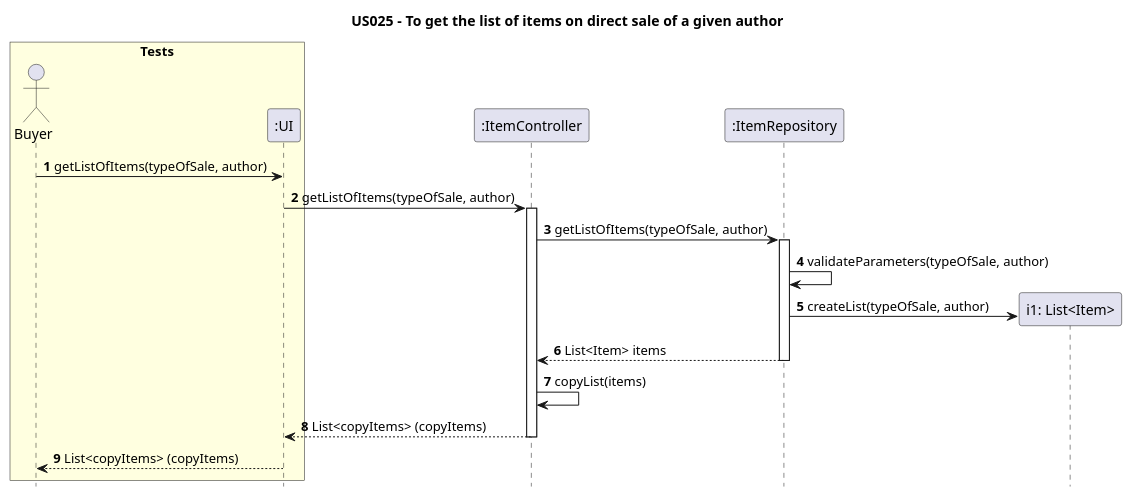
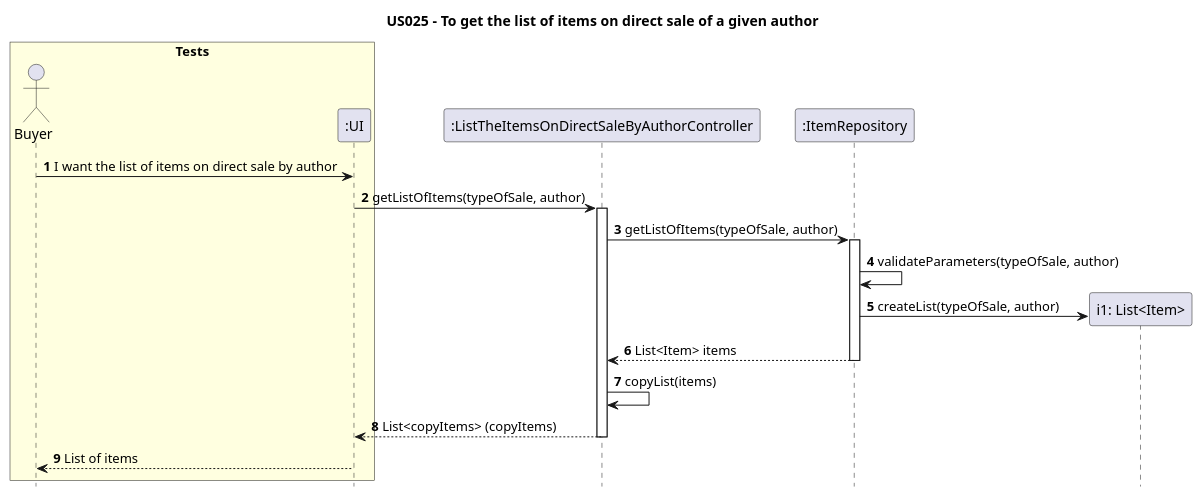
Before and after one commit to AndrePereiraGitH/SWitCH-Project-Team_A: the diagram in Diagrams/SequenceDiagrams/US025-to-get-the-list-of-items-on-direct-sale-of-a-given-author.puml, drawn with PlantUML. The commit also changed 3 other files, not shown here.

```diff
--- a/Diagrams/SequenceDiagrams/US025-to-get-the-list-of-items-on-direct-sale-of-a-given-author.puml
+++ b/Diagrams/SequenceDiagrams/US025-to-get-the-list-of-items-on-direct-sale-of-a-given-author.puml
@@ -1,39 +1,39 @@
 @startuml
 
 hide footbox
 title US025 - To get the list of items on direct sale of a given author
 
 box "Tests" #LightYellow
 actor Buyer
 participant ":UI" as UI
 end box
 
-participant ":ItemController" as ItemController
+participant ":ListTheItemsOnDirectSaleByAuthorController" as ListTheItemsOnDirectSaleByAuthorController
 participant ":ItemRepository" as ItemRepository
 
-Buyer -> UI : **1** getListOfItems(typeOfSale, author)
+Buyer -> UI : **1** I want the list of items on direct sale by author
 
-UI -> ItemController : **2** getListOfItems(typeOfSale, author)
-activate ItemController
+UI -> ListTheItemsOnDirectSaleByAuthorController : **2** getListOfItems(typeOfSale, author)
+activate ListTheItemsOnDirectSaleByAuthorController
 
-ItemController -> ItemRepository : **3** getListOfItems(typeOfSale, author)
+ListTheItemsOnDirectSaleByAuthorController -> ItemRepository : **3** getListOfItems(typeOfSale, author)
 activate ItemRepository
 
 ' ItemRepository -> ItemRepository : **4** convertStringToEnum(typeOfSale, author)
 
 ItemRepository -> ItemRepository : **4** validateParameters(typeOfSale, author)
 
 create "i1: List<Item>" as Item
 ItemRepository -> Item : **5** createList(typeOfSale, author)
 
-ItemRepository --> ItemController : **6** List<Item> items
+ItemRepository --> ListTheItemsOnDirectSaleByAuthorController : **6** List<Item> items
 deactivate ItemRepository
 
-ItemController -> ItemController : **7** copyList(items)
+ListTheItemsOnDirectSaleByAuthorController -> ListTheItemsOnDirectSaleByAuthorController : **7** copyList(items)
 
-ItemController --> UI : **8** List<copyItems> (copyItems)
-deactivate ItemController
+ListTheItemsOnDirectSaleByAuthorController --> UI : **8** List<copyItems> (copyItems)
+deactivate ListTheItemsOnDirectSaleByAuthorController
 
-UI --> Buyer : **9** List<copyItems> (copyItems)
+UI --> Buyer : **9** List of items
 
 @enduml
```
